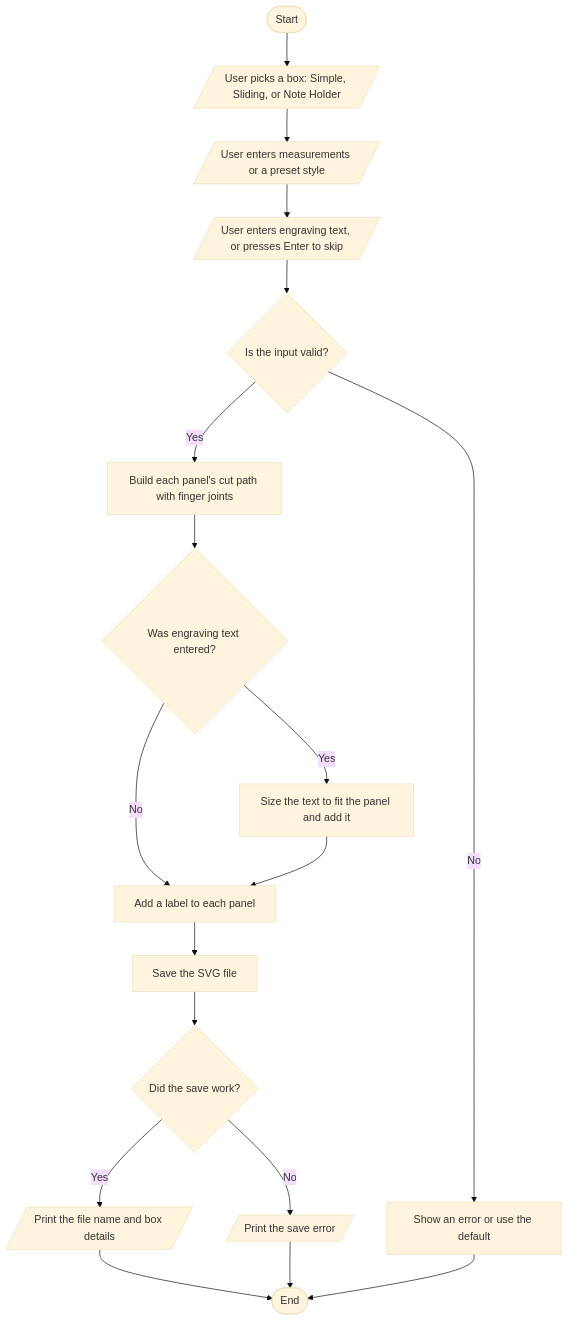
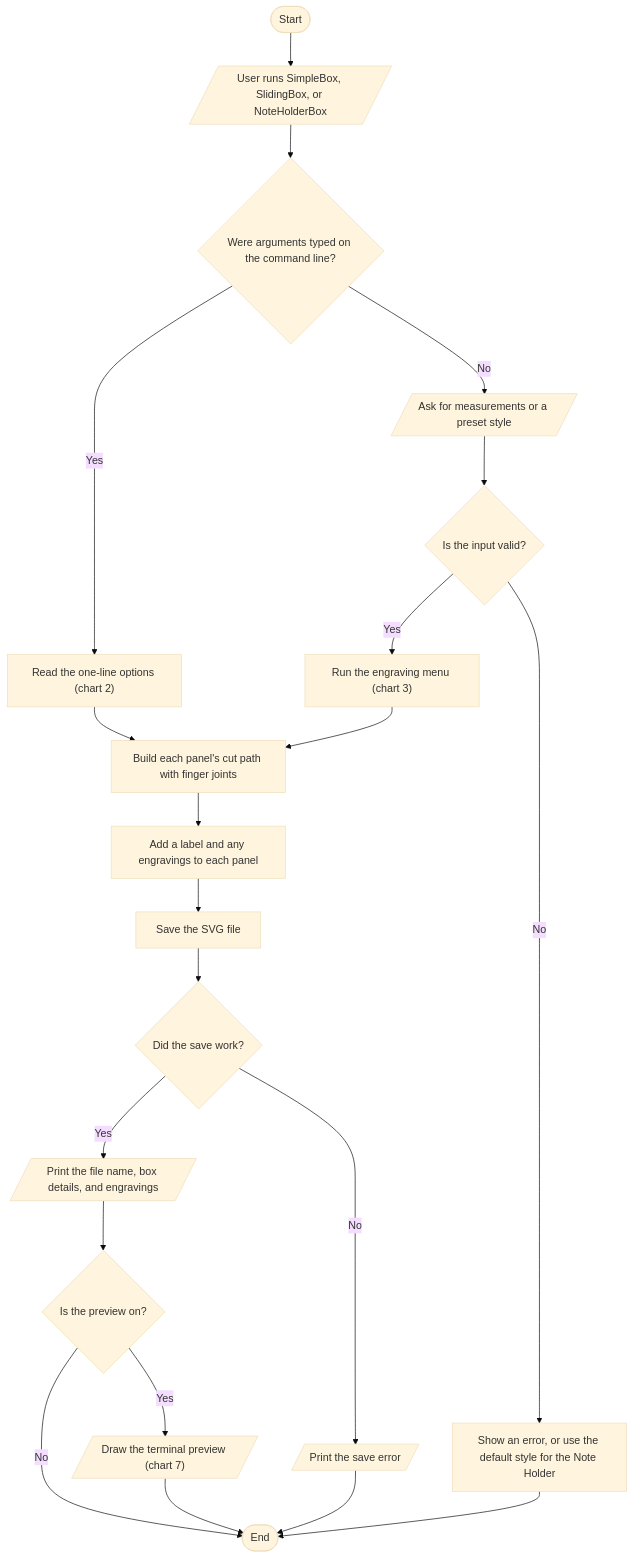
Before and after one commit to AkramIdriss/Jimothy3: the first of 7 diagrams in project work/FlowCharts.md, drawn with Mermaid (base theme). The commit also changed other lines of this file, not shown here.

Commit message:
Update flowcharts for the CLI

````diff
--- a/project work/FlowCharts.md
+++ b/project work/FlowCharts.md
@@ -20,20 +20,23 @@
 ```mermaid
 flowchart TD
-    A([Start]) --> B[/"User picks a box: Simple, Sliding, or Note Holder"/]
-    B --> C[/"User enters measurements or a preset style"/]
-    C --> D[/"User enters engraving text, or presses Enter to skip"/]
-    D --> E{"Is the input valid?"}
-    E -- No --> F["Show an error or use the default"]
-    E -- Yes --> G["Build each panel's cut path with finger joints"]
-    G --> H{"Was engraving text entered?"}
-    H -- Yes --> I["Size the text to fit the panel and add it"]
-    H -- No --> J["Add a label to each panel"]
-    I --> J
+    A([Start]) --> B[/"User runs SimpleBox, SlidingBox, or NoteHolderBox"/]
+    B --> C{"Were arguments typed on the command line?"}
+    C -- Yes --> D["Read the one-line options (chart 2)"]
+    C -- No --> E[/"Ask for measurements or a preset style"/]
+    E --> F{"Is the input valid?"}
+    F -- No --> G["Show an error, or use the default style for the Note Holder"]
+    F -- Yes --> H["Run the engraving menu (chart 3)"]
+    D --> I["Build each panel's cut path with finger joints"]
+    H --> I
+    I --> J["Add a label and any engravings to each panel"]
     J --> K["Save the SVG file"]
     K --> L{"Did the save work?"}
-    L -- Yes --> M[/"Print the file name and box details"/]
-    L -- No --> N[/"Print the save error"/]
-    M --> O([End])
-    N --> O
-    F --> O
+    L -- No --> M[/"Print the save error"/]
+    L -- Yes --> N[/"Print the file name, box details, and engravings"/]
+    N --> O{"Is the preview on?"}
+    O -- Yes --> P[/"Draw the terminal preview (chart 7)"/]
+    O -- No --> Q([End])
+    P --> Q
+    M --> Q
+    G --> Q
 ```
````
